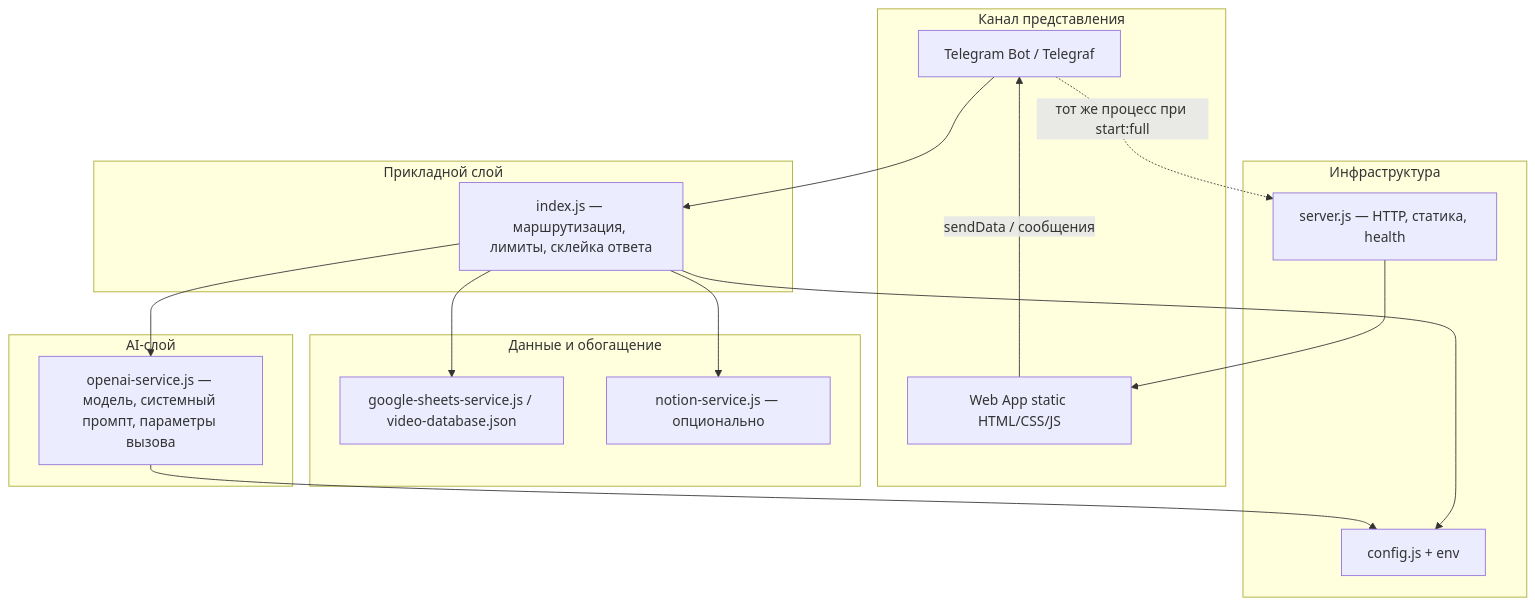
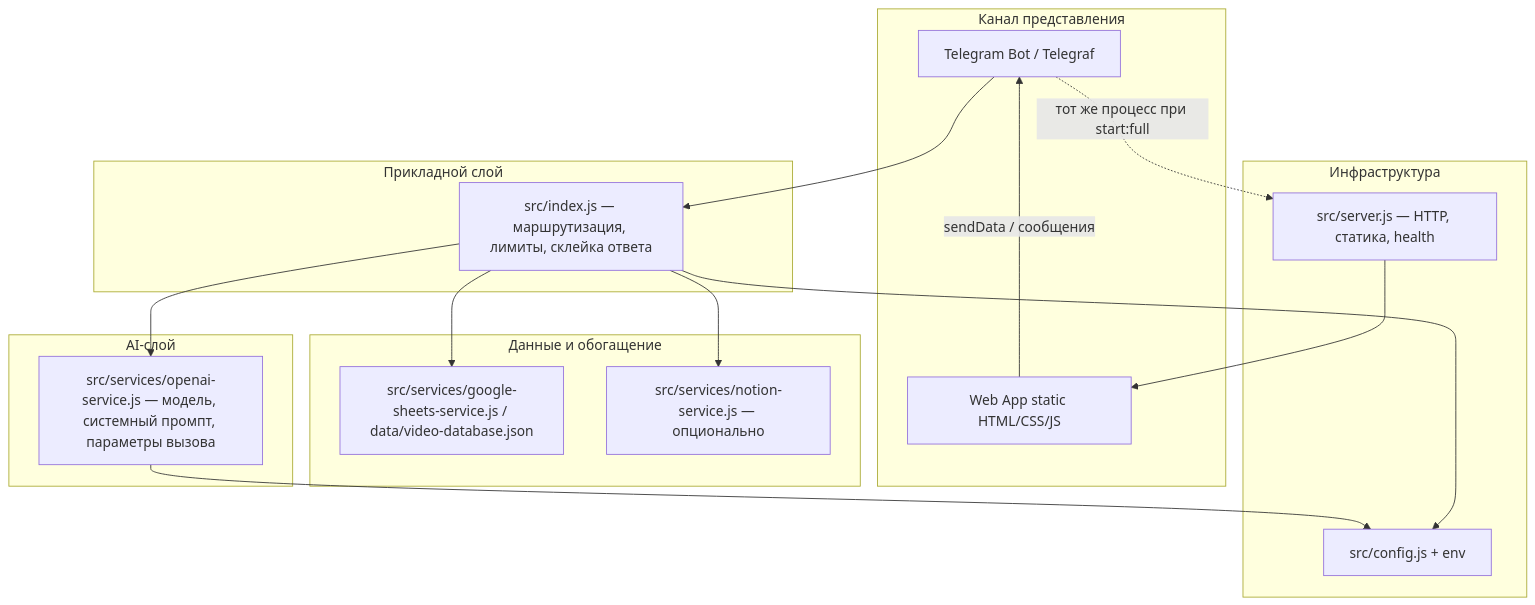
The diagram in docs/ARCHITECTURE.md (kulpin808-prog/vibetrain), drawn with Mermaid before and after one commit. The commit also changed other lines of this file and 18 other files, not shown here.

Commit message:
refactor: src/, scripts/, data/; dotenv from repo root; update docs paths

````diff
--- a/docs/ARCHITECTURE.md
+++ b/docs/ARCHITECTURE.md
@@ -16,35 +16,35 @@
 ```mermaid
 flowchart TB
   subgraph presentation [Канал представления]
     TG[Telegram Bot / Telegraf]
     WA[Web App static HTML/CSS/JS]
   end
 
   subgraph application [Прикладной слой]
-    ORCH[index.js — маршрутизация, лимиты, склейка ответа]
+    ORCH[src/index.js — маршрутизация, лимиты, склейка ответа]
   end
 
   subgraph ai [AI-слой]
-    OAI[openai-service.js — модель, системный промпт, параметры вызова]
+    OAI[src/services/openai-service.js — модель, системный промпт, параметры вызова]
   end
 
   subgraph domain_data [Данные и обогащение]
-    VID[google-sheets-service.js / video-database.json]
-    NOT[notion-service.js — опционально]
+    VID[src/services/google-sheets-service.js / data/video-database.json]
+    NOT[src/services/notion-service.js — опционально]
   end
 
   subgraph infra [Инфраструктура]
-    CFG[config.js + env]
-    SRV[server.js — HTTP, статика, health]
+    CFG[src/config.js + env]
+    SRV[src/server.js — HTTP, статика, health]
   end
 
   WA -->|sendData / сообщения| TG
   TG --> ORCH
   ORCH --> OAI
   ORCH --> VID
   ORCH --> NOT
   OAI --> CFG
   ORCH --> CFG
   SRV --> WA
   TG -.->|тот же процесс при start:full| SRV
 ```
````
